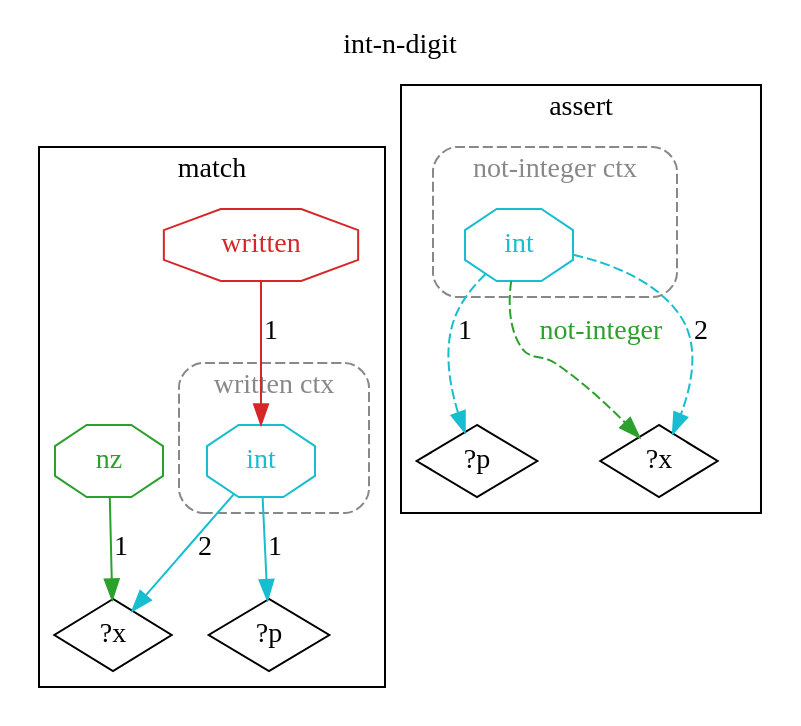
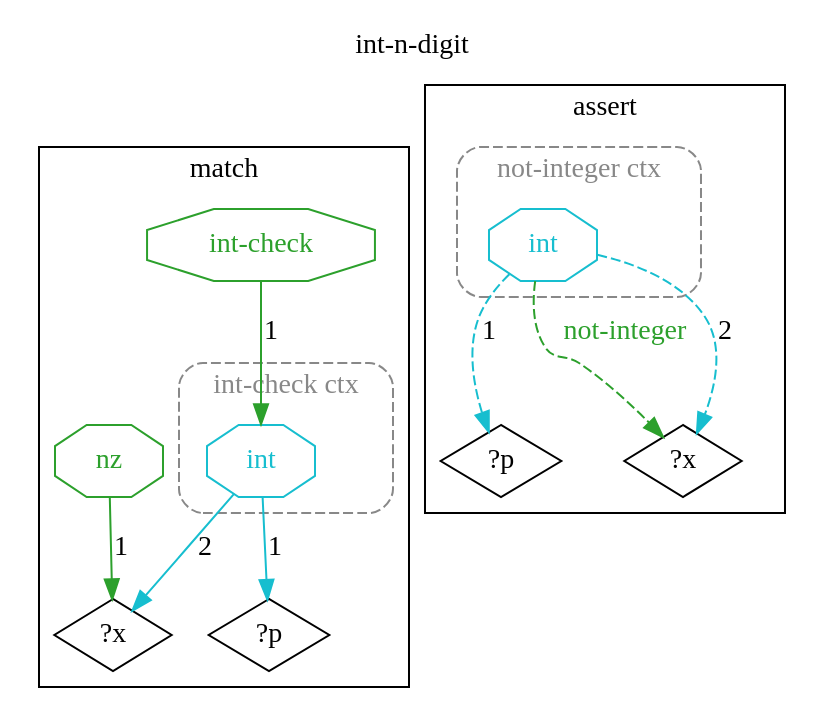
Before and after one commit to agutikov/ein: the diagram in docs/ein/user/04-reference/04-stdlib/diagrams/12-std.math.int.int-n-digit.dot, drawn with Graphviz. The commit also changed 250 other files, not shown here.

```diff
--- a/docs/ein/user/04-reference/04-stdlib/diagrams/12-std.math.int.int-n-digit.dot
+++ b/docs/ein/user/04-reference/04-stdlib/diagrams/12-std.math.int.int-n-digit.dot
@@ -1,29 +1,29 @@
 digraph rule_int_n_digit_lhs_rhs {
   rankdir=TB;
   label="int-n-digit"; labelloc=t;
   subgraph cluster_lhs { label="match";
     "?p_L" [label="?p", shape=diamond];
     "?x_L" [label="?x", shape=diamond];
     subgraph cluster_ctx_L_0 {
-      label="written ctx"; style="dashed,rounded"; color="#888888"; fontcolor="#888888";
+      label="int-check ctx"; style="dashed,rounded"; color="#888888"; fontcolor="#888888";
       "(int ?p ?x)_L" [shape=octagon, label="int", color="#17becf", fontcolor="#17becf"];
     }
-    "h1_written_L" [shape=octagon, label="written", color="#d62728", fontcolor="#d62728"];
-    "h1_written_L" -> "(int ?p ?x)_L" [label="1", color="#d62728"];
+    "h1_int-check_L" [shape=octagon, label="int-check", color="#2ca02c", fontcolor="#2ca02c"];
+    "h1_int-check_L" -> "(int ?p ?x)_L" [label="1", color="#2ca02c"];
     "h2_nz_L" [shape=octagon, label="nz", color="#2ca02c", fontcolor="#2ca02c"];
     "h2_nz_L" -> "?x_L" [label="1", color="#2ca02c"];
     "(int ?p ?x)_L" -> "?p_L" [label="1", color="#17becf"];
     "(int ?p ?x)_L" -> "?x_L" [label="2", color="#17becf"];
   }
   subgraph cluster_rhs { label="assert";
     "?p_R" [label="?p", shape=diamond];
     "?x_R" [label="?x", shape=diamond];
     subgraph cluster_ctx_R_0 {
       label="not-integer ctx"; style="dashed,rounded"; color="#888888"; fontcolor="#888888";
       "(int ?p ?x)_R" [shape=octagon, label="int", color="#17becf", fontcolor="#17becf"];
     }
     "(int ?p ?x)_R" -> "?x_R" [label="not-integer", color="#2ca02c", fontcolor="#2ca02c", style=dashed];
     "(int ?p ?x)_R" -> "?p_R" [label="1", color="#17becf", style=dashed];
     "(int ?p ?x)_R" -> "?x_R" [label="2", color="#17becf", style=dashed];
   }
 }
```
